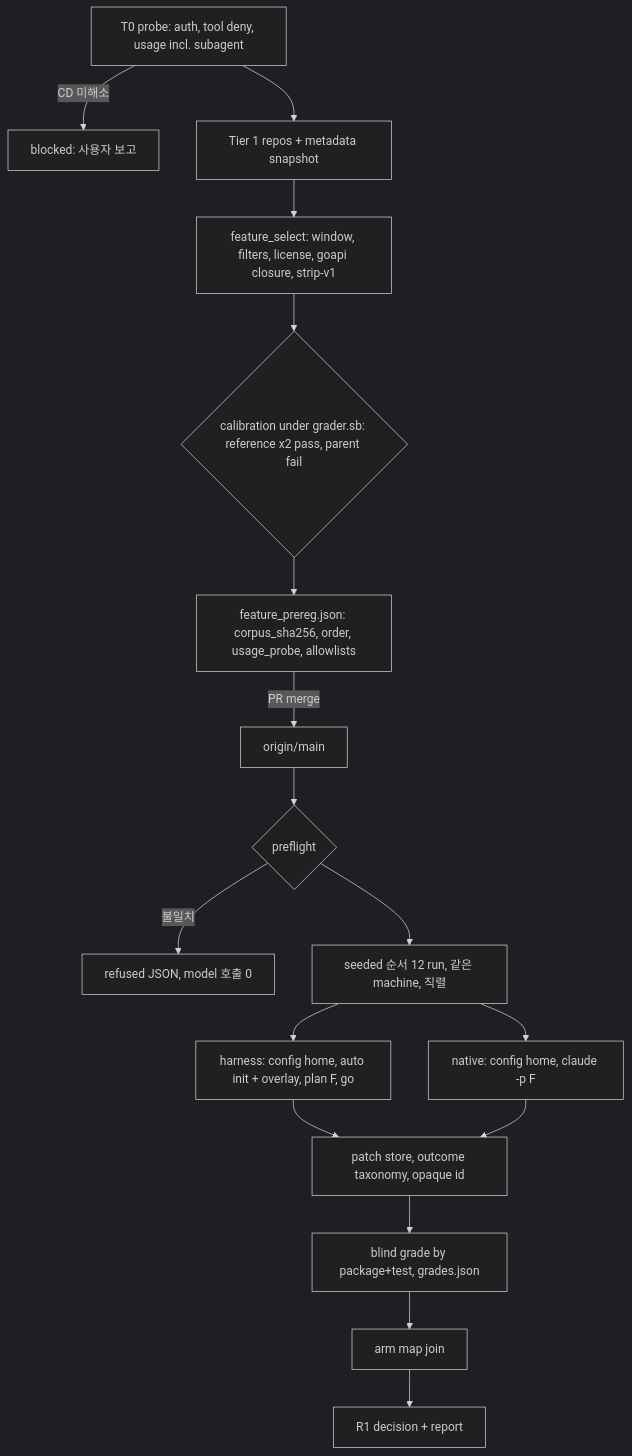
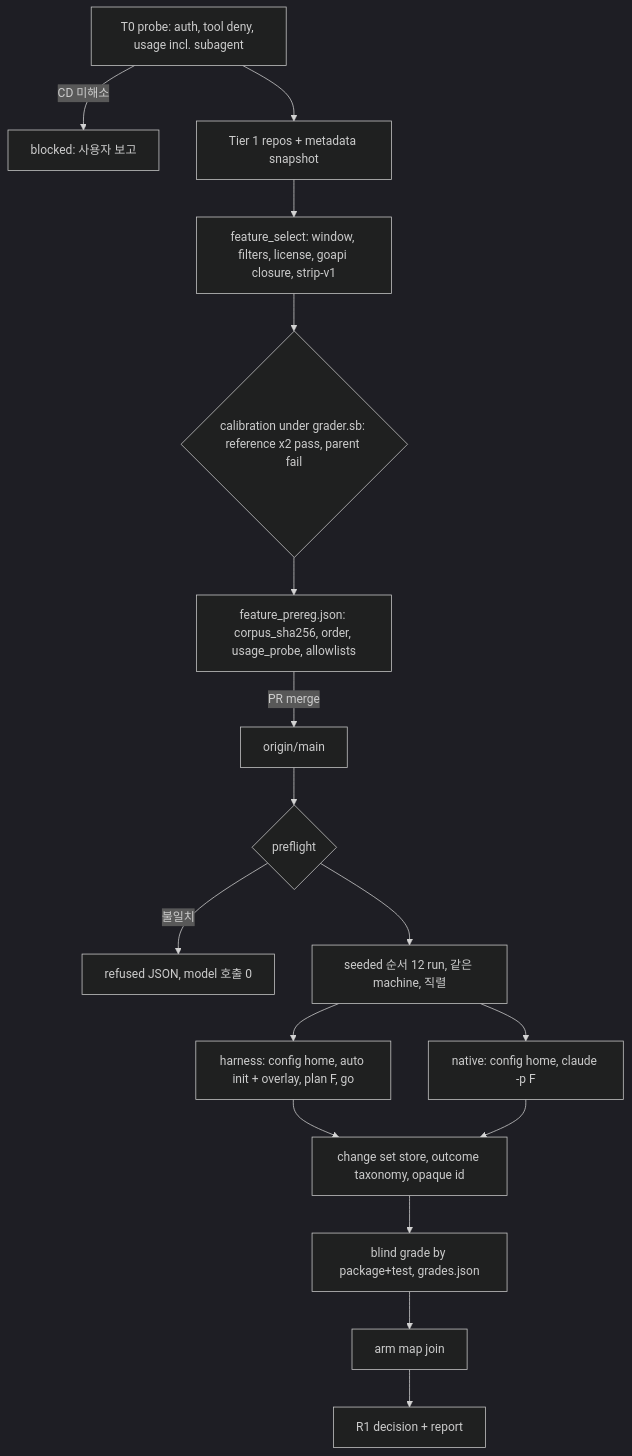
One commit to autopus-ai/autopus-adk changed the diagram in .autopus/specs/SPEC-HARNESS-BENCH-002/plan.md. Above: the diagram before and after it, drawn with Mermaid (dark theme). The commit also changed other lines of this file and 4 other files, not shown here.

````diff
--- a/.autopus/specs/SPEC-HARNESS-BENCH-002/plan.md
+++ b/.autopus/specs/SPEC-HARNESS-BENCH-002/plan.md
@@ -57,19 +57,19 @@
 ```mermaid
 flowchart TD
   T0[T0 probe: auth, tool deny, usage incl. subagent] -->|CD 미해소| BLK[blocked: 사용자 보고]
   T0 --> T1[Tier 1 repos + metadata snapshot]
   T1 --> SEL[feature_select: window, filters, license, goapi closure, strip-v1]
   SEL --> CAL{calibration under grader.sb: reference x2 pass, parent fail}
   CAL --> PR[feature_prereg.json: corpus_sha256, order, usage_probe, allowlists]
   PR -->|PR merge| M[origin/main]
   M --> G{preflight}
   G -- 불일치 --> X[refused JSON, model 호출 0]
   G --> S[seeded 순서 12 run, 같은 machine, 직렬]
   S --> H[harness: config home, auto init + overlay, plan F, go]
   S --> N[native: config home, claude -p F]
-  H --> P[patch store, outcome taxonomy, opaque id]
+  H --> P[change set store, outcome taxonomy, opaque id]
   N --> P
   P --> BG[blind grade by package+test, grades.json]
   BG --> J[arm map join]
   J --> E[R1 decision + report]
 ```
````
